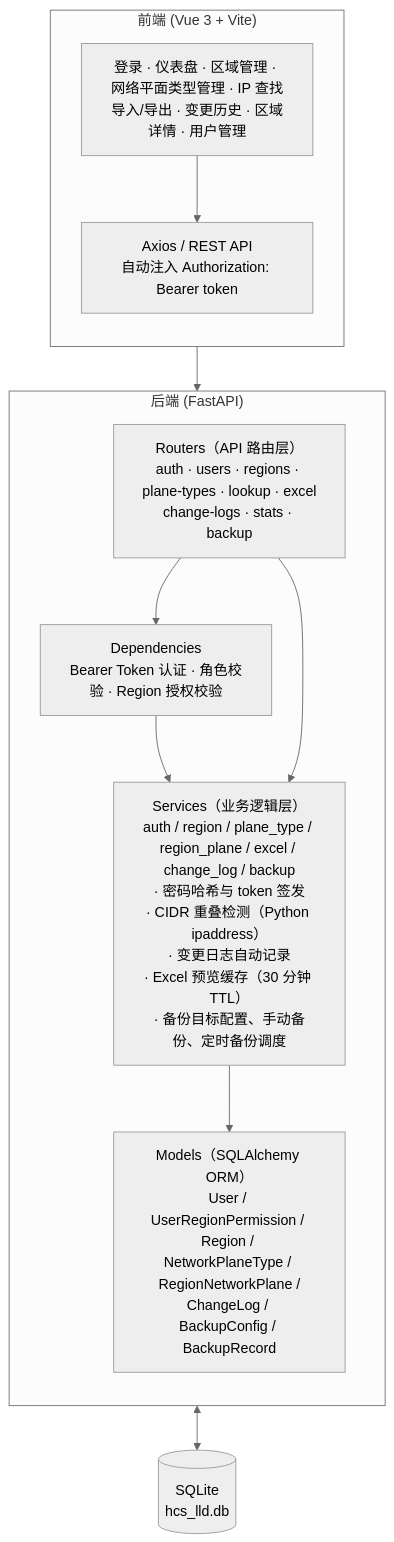
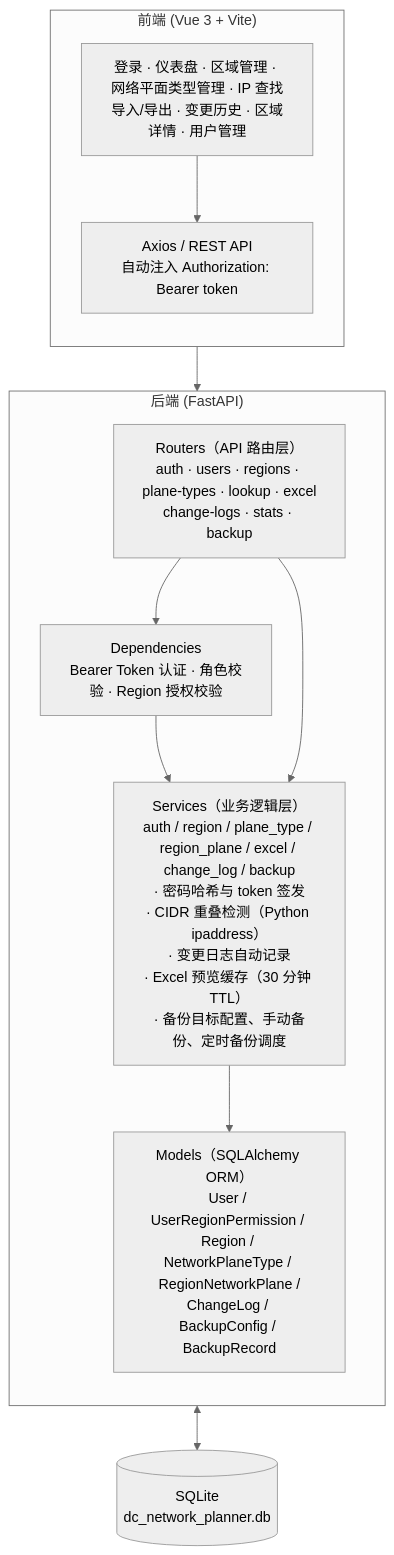
One commit to zhou-xingxing/dc-network-planner changed the first of 4 diagrams in SYSTEM_DESIGN.md. Above: the diagram before and after it, drawn with Mermaid (neutral theme). The commit also changed other lines of this file and 35 other files, not shown here.

Commit message:
chore: 重命名为 DC Network Planner

````diff
--- a/SYSTEM_DESIGN.md
+++ b/SYSTEM_DESIGN.md
@@ -38,25 +38,25 @@
 ```mermaid
 graph TB
     subgraph Frontend["前端 (Vue 3 + Vite)"]
         direction TB
         FE_Pages["登录 · 仪表盘 · 区域管理 · 网络平面类型管理 · IP 查找<br/>导入/导出 · 变更历史 · 区域详情 · 用户管理"]
         FE_Axios["Axios / REST API<br/>自动注入 Authorization: Bearer token"]
         FE_Pages --> FE_Axios
     end
 
     subgraph Backend["后端 (FastAPI)"]
         direction TB
         Routers["Routers（API 路由层）<br/>auth · users · regions · plane-types · lookup · excel<br/>change-logs · stats · backup"]
         Deps["Dependencies<br/>Bearer Token 认证 · 角色校验 · Region 授权校验"]
         Services["Services（业务逻辑层）<br/>auth / region / plane_type / region_plane / excel / change_log / backup<br/>· 密码哈希与 token 签发<br/>· CIDR 重叠检测（Python ipaddress）<br/>· 变更日志自动记录<br/>· Excel 预览缓存（30 分钟 TTL）<br/>· 备份目标配置、手动备份、定时备份调度"]
         Models["Models（SQLAlchemy ORM）<br/>User / UserRegionPermission / Region / NetworkPlaneType / RegionNetworkPlane /<br/>ChangeLog / BackupConfig / BackupRecord"]
         Routers --> Deps
         Deps --> Services
         Routers --> Services --> Models
     end
 
-    DB[("SQLite<br/>hcs_lld.db")]
+    DB[("SQLite<br/>dc_network_planner.db")]
 
     FE_Axios --> Routers
     Models <--> DB
 ```
````
